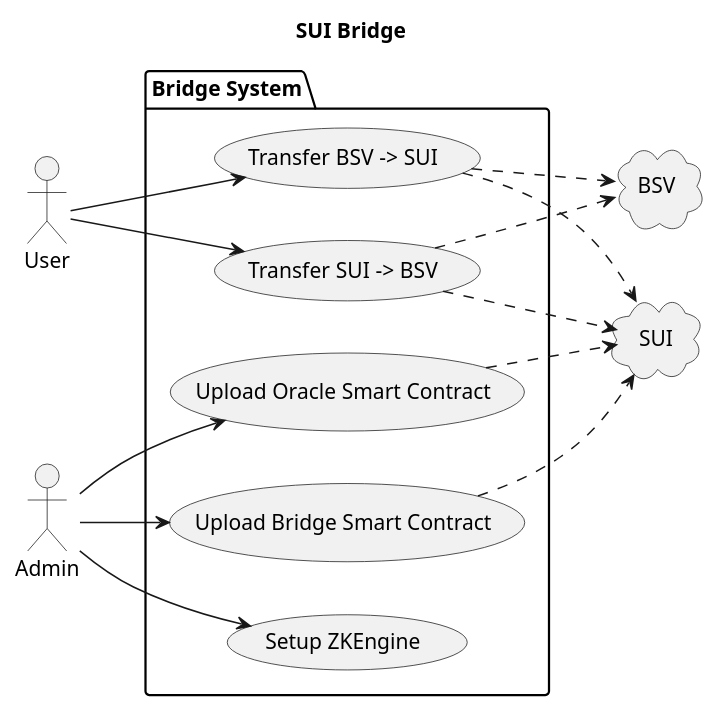
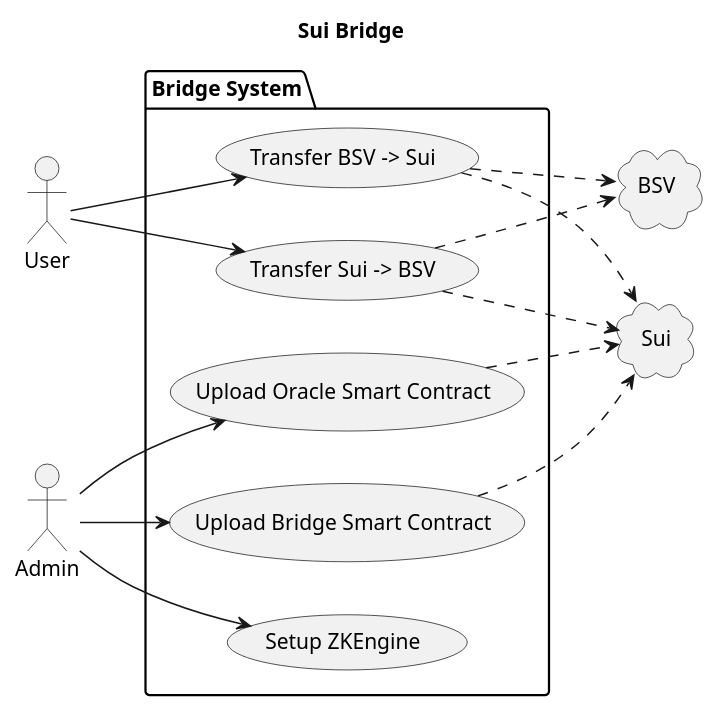
The diagram in docs/diagrams/use-case.puml (nchain-innovation/tcpBridge), drawn with PlantUML before and after one commit. The commit also changed 3 other files, not shown here.

```diff
--- a/docs/diagrams/use-case.puml
+++ b/docs/diagrams/use-case.puml
@@ -1,43 +1,43 @@
 @startuml
-title SUI Bridge
+title Sui Bridge
 left to right direction
 
 actor User as U
 
 actor Admin as A
 
-cloud SUI
+cloud Sui
 cloud BSV
 
 
 package "Bridge System" {
 
-    (Transfer SUI -> BSV) 
-    (Transfer BSV -> SUI)
+    (Transfer Sui -> BSV) 
+    (Transfer BSV -> Sui)
     
-    (Upload Bridge Smart Contract) ..> SUI
-    (Upload Oracle Smart Contract) ..> SUI
+    (Upload Bridge Smart Contract) ..> Sui
+    (Upload Oracle Smart Contract) ..> Sui
 
     (Setup ZKEngine)
 
 }
 
 
 
-U --> (Transfer SUI -> BSV)
-U --> (Transfer BSV -> SUI)
+U --> (Transfer Sui -> BSV)
+U --> (Transfer BSV -> Sui)
 
-(Transfer SUI -> BSV) ..> BSV
-(Transfer BSV -> SUI) ..> BSV
+(Transfer Sui -> BSV) ..> BSV
+(Transfer BSV -> Sui) ..> BSV
 
-(Transfer SUI -> BSV) ..> SUI
-(Transfer BSV -> SUI) ..> SUI
+(Transfer Sui -> BSV) ..> Sui
+(Transfer BSV -> Sui) ..> Sui
 
 
 A --> (Upload Bridge Smart Contract)
 A --> (Upload Oracle Smart Contract)
 A --> (Setup ZKEngine)
 
 
 
 @enduml
```
